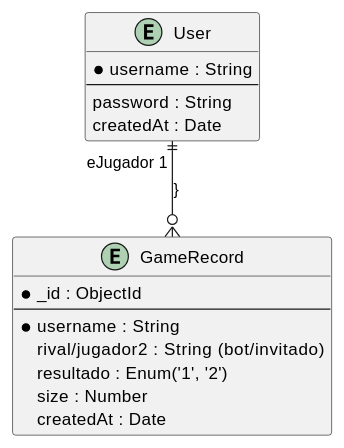
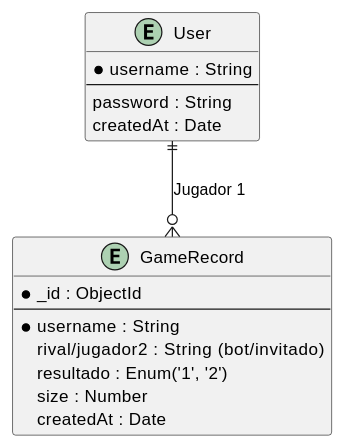
Before and after one commit to Arquisoft/yovi_es2a: the fourth of 4 diagrams in docs/src/05_building_block_view.adoc, drawn with PlantUML. The commit also changed other lines of this file and 2 other files, not shown here.

```diff
--- a/docs/src/05_building_block_view.adoc
+++ b/docs/src/05_building_block_view.adoc
@@ -198,23 +178,23 @@
 [plantuml, database-schema, png]
 ....
 @startuml
 entity "User" as user {
   * username : String 
   --
   password : String
   createdAt : Date
 }
 
 entity "GameRecord" as game {
   * _id : ObjectId
   --
   * username : String
   rival/jugador2 : String (bot/invitado)
   resultado : Enum('1', '2')
   size : Number
   createdAt : Date
 }
 ' Relación: Un usuario puede tener muchas partidas en su historial
-user ||--o{ game : "eJugador 1"}
+user ||--o{ game : "Jugador 1"
 @enduml
 ....
```
